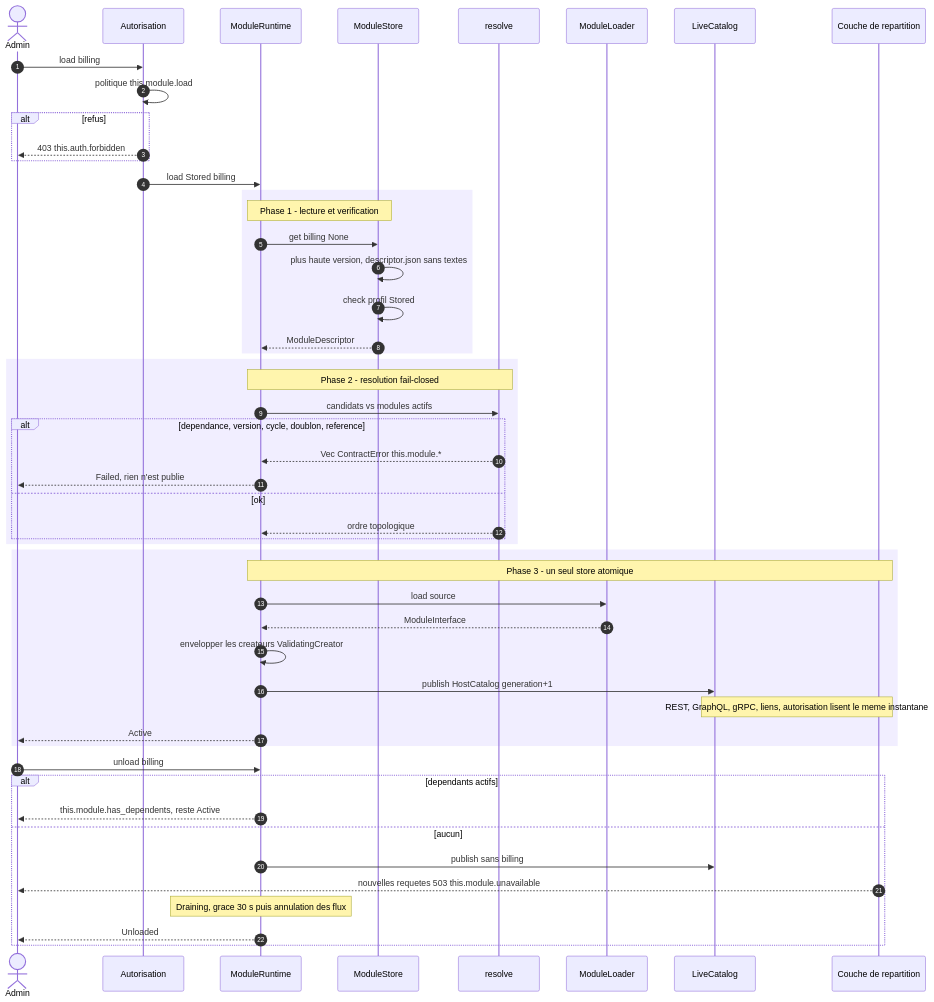
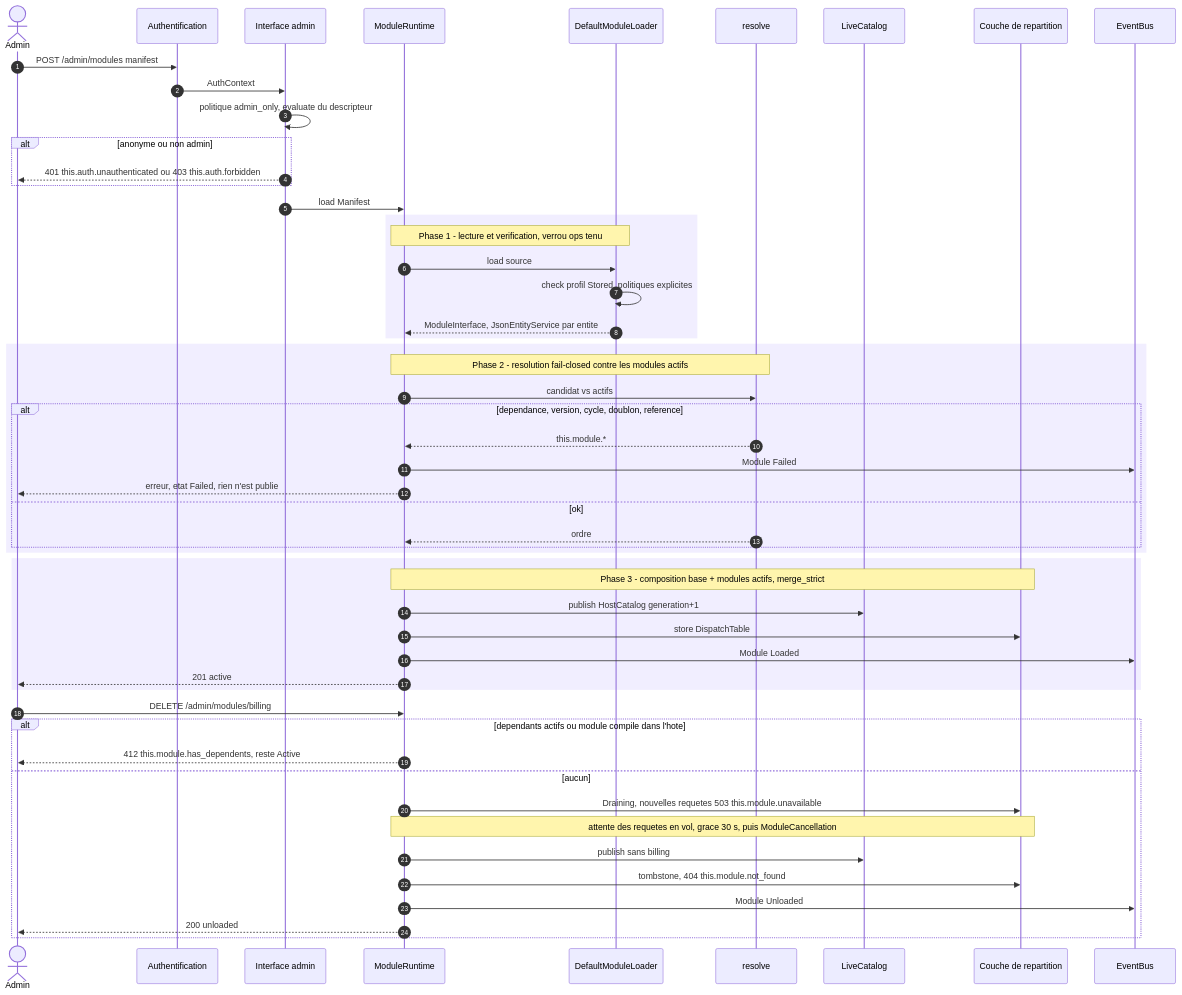
Before and after one commit to this-rs/this: the diagram in docs/atlas/module-descriptor/chargement-runtime.mmd, drawn with Mermaid. The commit also changed 20 other files, not shown here.

```diff
--- a/docs/atlas/module-descriptor/chargement-runtime.mmd
+++ b/docs/atlas/module-descriptor/chargement-runtime.mmd
@@ -1,58 +1,64 @@
 sequenceDiagram
 %% name: module-descriptor-runtime-load
-%% PROUVE : rien encore pour la sequence (flux modules-runtime et vfs). Contrats prouves par la fondation :
-%%   resolve (tests resolve_*), check_compat (tag_reuse_move_and_unreserved_removal_detected), LiveCatalog
-%%   (readers_keep_their_snapshot_across_publication), VfsPath (vfs_path_rejects_dotdot_and_friends).
-%% SOURCES LUES : src/server/catalog.rs, src/storage/vfs/mod.rs, crates/this-descriptor/src/{resolve,compat,check}.rs.
-%% NON ETABLI : couche de repartition sous charge ; annulation des flux en fin de grace.
+%% PROUVE (flux modules-runtime, tests/module_runtime.rs, cargo test -p this-rs --test module_runtime : 11 ok) :
+%%   load_then_routes_served_unload_then_404, unload_refused_with_active_dependents,
+%%   replace_checks_dependents_version_req, draining_times_out_and_cancels_streams,
+%%   dynamic_module_paths_not_shadowed_by_link_wildcards, json_entity_publishes_event_and_links,
+%%   admin_interface_requires_admin_then_lists_loads_unloads, plugin_source_is_an_extension_point.
+%% SOURCES LUES : src/server/module_runtime/{runtime,dispatch,admin,loader,json_entity}.rs,
+%%   src/server/exposure/rest/mod.rs (ModuleRuntime::mount), src/server/catalog.rs, crates/this-descriptor/src/resolve.rs.
+%% NON ETABLI : GraphQL et gRPC ne lisent pas encore le catalogue (flux auth) ; un module charge a chaud
+%%   n'y est pas servi. Pas de chargement WASM reel (wasmtime absent) : point d'extension ModuleSource::Plugin.
     autonumber
     actor Admin
-    participant AZ as Autorisation
+    participant AU as Authentification
+    participant ADM as Interface admin
     participant RT as ModuleRuntime
-    participant MS as ModuleStore
+    participant LD as DefaultModuleLoader
     participant RES as resolve
-    participant LD as ModuleLoader
     participant CAT as LiveCatalog
     participant DSP as Couche de repartition
+    participant BUS as EventBus
 
-    Admin->>AZ: load billing
-    AZ->>AZ: politique this.module.load
-    alt refus
-        AZ-->>Admin: 403 this.auth.forbidden
+    Admin->>AU: POST /admin/modules manifest
+    AU->>ADM: AuthContext
+    ADM->>ADM: politique admin_only, evaluate du descripteur
+    alt anonyme ou non admin
+        ADM-->>Admin: 401 this.auth.unauthenticated ou 403 this.auth.forbidden
     end
-    AZ->>RT: load Stored billing
+    ADM->>RT: load Manifest
     rect rgba(164,139,255,.15)
-    Note over RT,MS: Phase 1 - lecture et verification
-    RT->>MS: get billing None
-    MS->>MS: plus haute version, descriptor.json sans textes
-    MS->>MS: check profil Stored
-    MS-->>RT: ModuleDescriptor
+    Note over RT,LD: Phase 1 - lecture et verification, verrou ops tenu
+    RT->>LD: load source
+    LD->>LD: check profil Stored, politiques explicites
+    LD-->>RT: ModuleInterface, JsonEntityService par entite
     end
     rect rgba(164,139,255,.15)
-    Note over RT,RES: Phase 2 - resolution fail-closed
-    RT->>RES: candidats vs modules actifs
+    Note over RT,RES: Phase 2 - resolution fail-closed contre les modules actifs
+    RT->>RES: candidat vs actifs
     alt dependance, version, cycle, doublon, reference
-        RES-->>RT: Vec ContractError this.module.*
-        RT-->>Admin: Failed, rien n'est publie
+        RES-->>RT: this.module.*
+        RT->>BUS: Module Failed
+        RT-->>Admin: erreur, etat Failed, rien n'est publie
     else ok
-        RES-->>RT: ordre topologique
+        RES-->>RT: ordre
     end
     end
     rect rgba(164,139,255,.15)
-    Note over RT,DSP: Phase 3 - un seul store atomique
-    RT->>LD: load source
-    LD-->>RT: ModuleInterface
-    RT->>RT: envelopper les createurs ValidatingCreator
+    Note over RT,DSP: Phase 3 - composition base + modules actifs, merge_strict
     RT->>CAT: publish HostCatalog generation+1
-    Note over CAT,DSP: REST, GraphQL, gRPC, liens, autorisation lisent le meme instantane
-    RT-->>Admin: Active
+    RT->>DSP: store DispatchTable
+    RT->>BUS: Module Loaded
+    RT-->>Admin: 201 active
     end
-    Admin->>RT: unload billing
-    alt dependants actifs
-        RT-->>Admin: this.module.has_dependents, reste Active
+    Admin->>RT: DELETE /admin/modules/billing
+    alt dependants actifs ou module compile dans l'hote
+        RT-->>Admin: 412 this.module.has_dependents, reste Active
     else aucun
+        RT->>DSP: Draining, nouvelles requetes 503 this.module.unavailable
+        Note over RT,DSP: attente des requetes en vol, grace 30 s, puis ModuleCancellation
         RT->>CAT: publish sans billing
-        DSP-->>Admin: nouvelles requetes 503 this.module.unavailable
-        Note over RT: Draining, grace 30 s puis annulation des flux
-        RT-->>Admin: Unloaded
+        RT->>DSP: tombstone, 404 this.module.not_found
+        RT->>BUS: Module Unloaded
+        RT-->>Admin: 200 unloaded
     end
```
